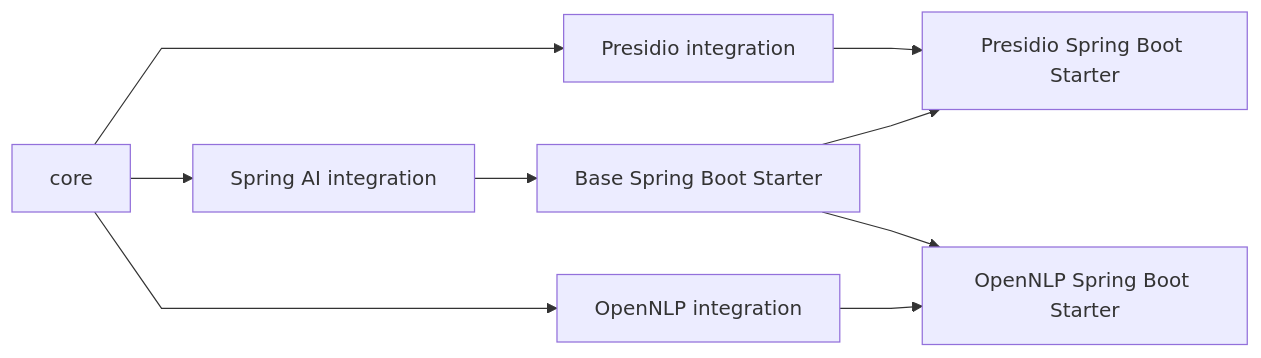
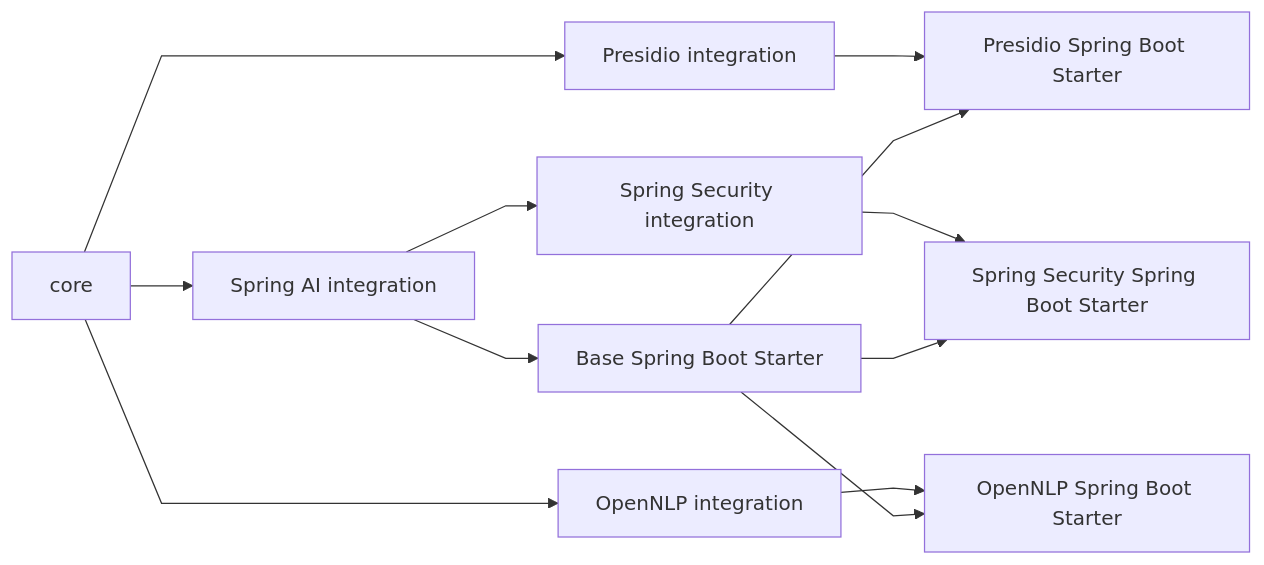
The second of 4 diagrams in docs/architecture.md (ultramancode/spring-ai-privacy-guardrails), drawn with Mermaid before and after one commit. The commit also changed other lines of this file and 20 other files, not shown here.

Commit message:
docs: document Spring Security tool authorization

````diff
--- a/docs/architecture.md
+++ b/docs/architecture.md
@@ -40,16 +41,19 @@
 ```mermaid
 %%{init: {"flowchart": {"curve": "linear"}}}%%
 flowchart LR
     CORE["core"]
 
     CORE --> PRES["Presidio integration"]
     CORE --> SAI["Spring AI integration"]
     CORE --> OPEN["OpenNLP integration"]
+    SAI --> SEC["Spring Security integration"]
 
     PRES --> PRESBOOT["Presidio Spring Boot Starter"]
     SAI --> BASE["Base Spring Boot Starter"]
     OPEN --> OPENBOOT["OpenNLP Spring Boot Starter"]
+    SEC --> SECBOOT["Spring Security Spring Boot Starter"]
 
     BASE --> PRESBOOT
     BASE --> OPENBOOT
+    BASE --> SECBOOT
 ```
````
